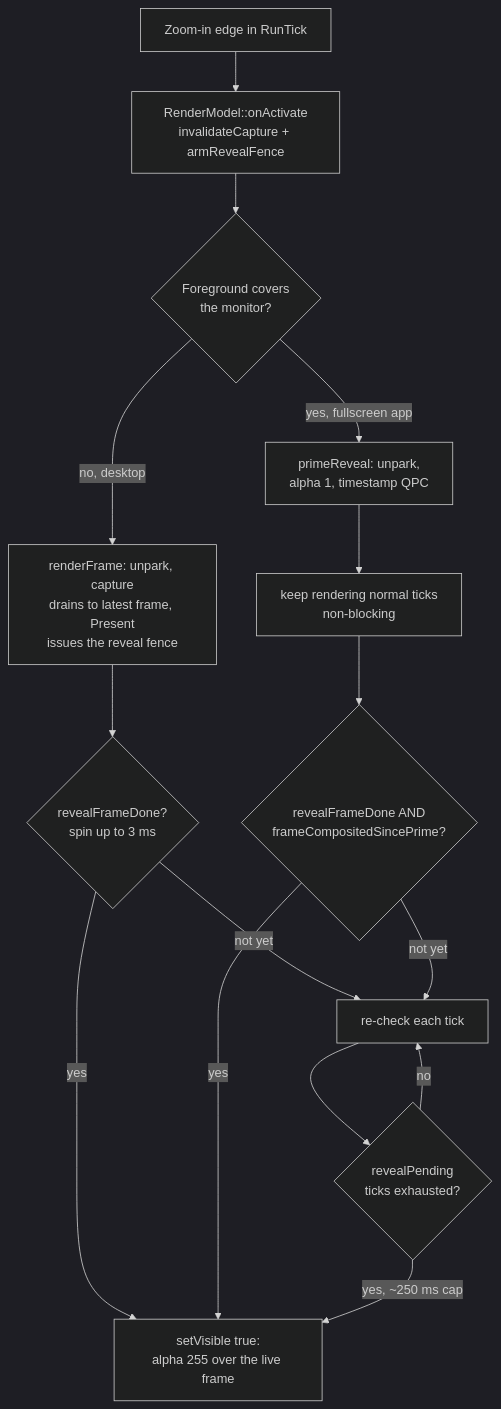
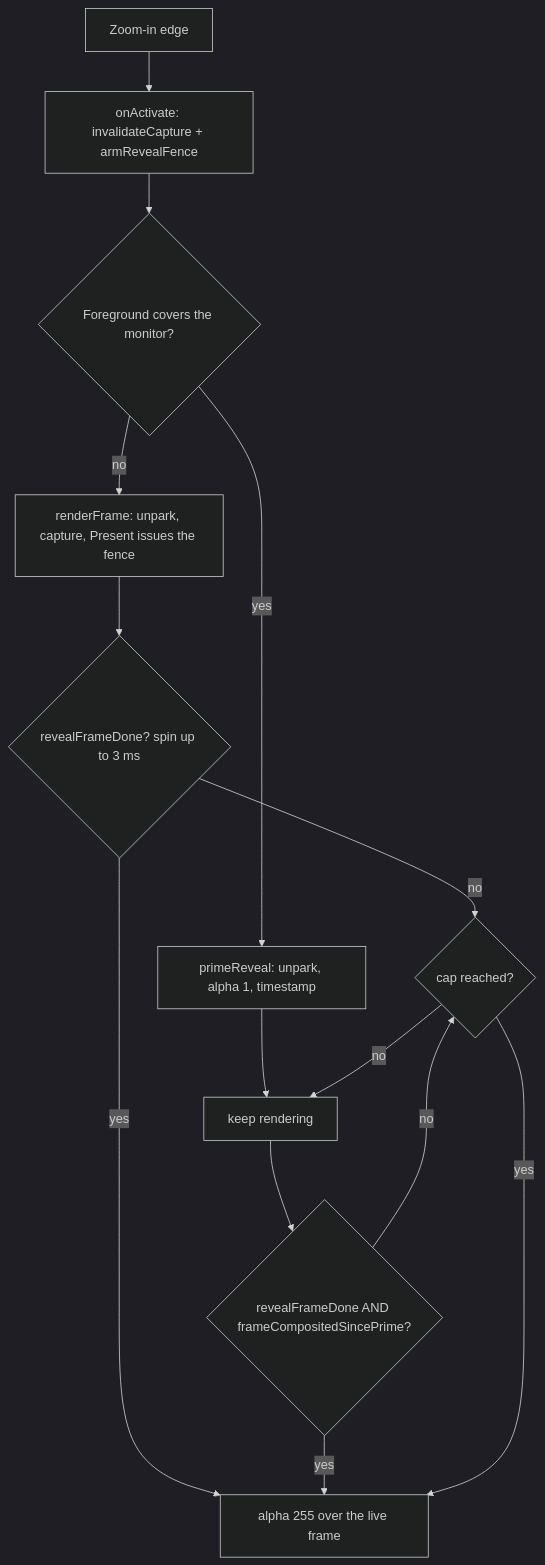
One commit to Maxaubert/Wind changed the diagram in docs/architecture/04-render-engine.md. Above: the diagram before and after it, drawn with Mermaid (dark theme). The commit also changed other lines of this file and 142 other files, not shown here.

First line of the commit message:
docs: overhaul README, CLAUDE.md, architecture and findings (#357) (#358)

````diff
--- a/docs/architecture/04-render-engine.md
+++ b/docs/architecture/04-render-engine.md
@@ -139,17 +96,16 @@
 ```mermaid
 flowchart TD
-  A[Zoom-in edge in RunTick] --> B[RenderModel::onActivate\ninvalidateCapture + armRevealFence]
-  B --> C{Foreground covers\nthe monitor?}
-  C -- no, desktop --> D[renderFrame: unpark, capture\ndrains to latest frame, Present\nissues the reveal fence]
-  C -- yes, fullscreen app --> P[primeReveal: unpark,\nalpha 1, timestamp QPC]
-  P --> D2[keep rendering normal ticks\nnon-blocking]
-  D --> E{revealFrameDone?\nspin up to 3 ms}
-  D2 --> F{revealFrameDone AND\nframeCompositedSincePrime?}
-  E -- yes --> G[setVisible true:\nalpha 255 over the live frame]
-  E -- not yet --> H[re-check each tick]
+  A[Zoom-in edge] --> B[onActivate: invalidateCapture + armRevealFence]
+  B --> C{Foreground covers the monitor?}
+  C -- no --> D[renderFrame: unpark, capture, Present issues the fence]
+  C -- yes --> P[primeReveal: unpark, alpha 1, timestamp]
+  P --> D2[keep rendering]
+  D --> E{revealFrameDone? spin up to 3 ms}
+  D2 --> F{revealFrameDone AND frameCompositedSincePrime?}
+  E -- yes --> G[alpha 255 over the live frame]
   F -- yes --> G
-  F -- not yet --> H
-  H --> I{revealPending\nticks exhausted?}
-  I -- yes, ~250 ms cap --> G
-  I -- no --> H
+  E -- no --> H{cap reached?}
+  F -- no --> H
+  H -- yes --> G
+  H -- no --> D2
 ```
````
